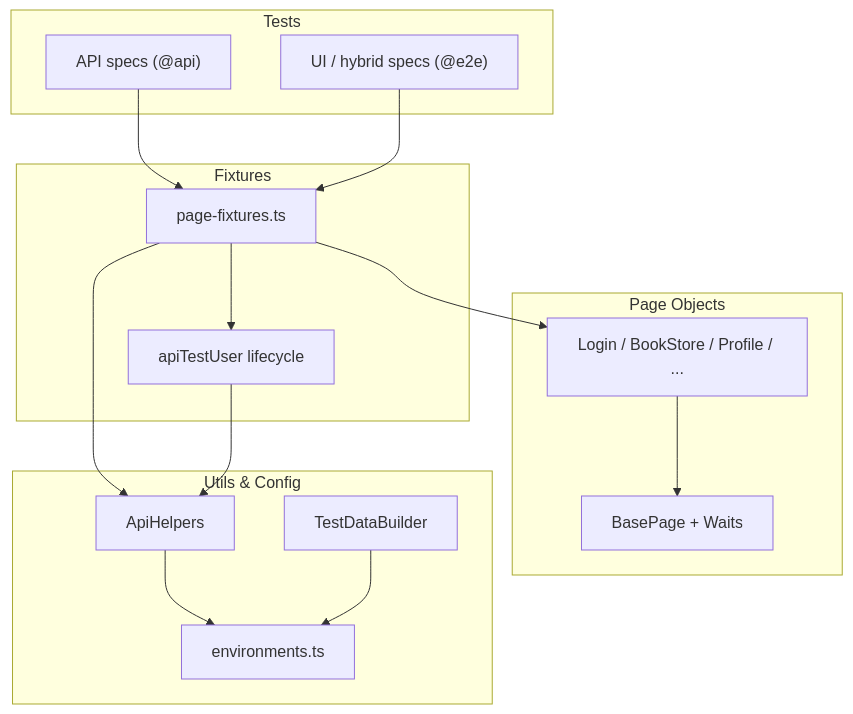
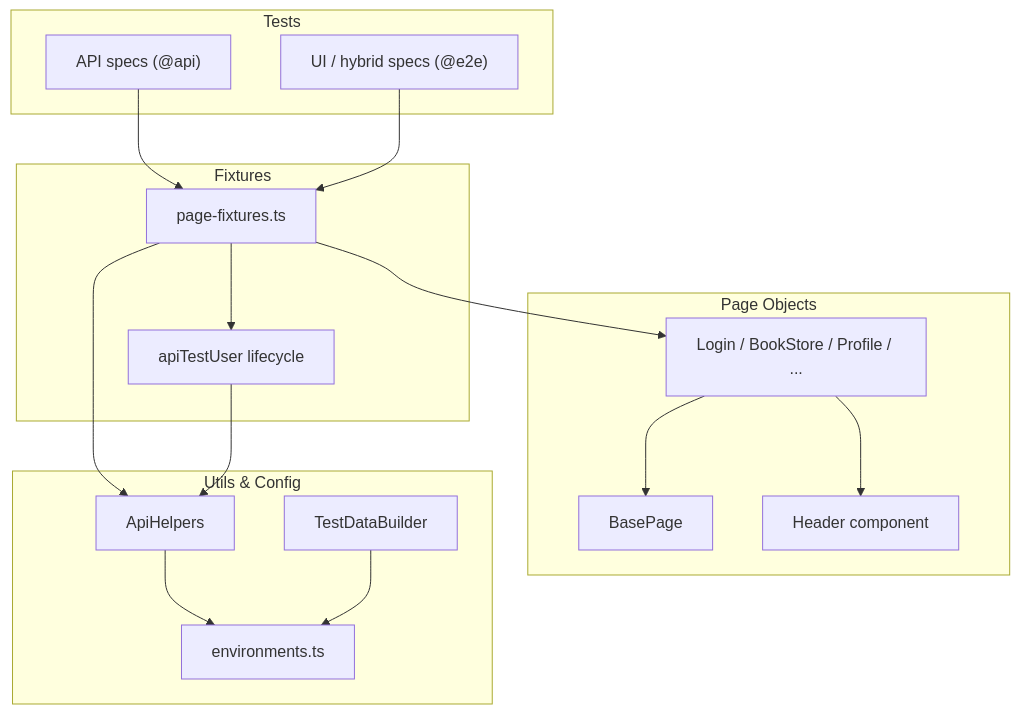
One commit to GGrudev/demoqa-bookstore-playwright-ts changed the diagram in README.md. Above: the diagram before and after it, drawn with Mermaid. The commit also changed other lines of this file and 12 other files, not shown here.

First line of the commit message:
Extract shared session Header into a component object

````diff
--- a/README.md
+++ b/README.md
@@ -48,33 +49,35 @@
 ```mermaid
 flowchart TB
     subgraph tests [Tests]
         API["API specs (@api)"]
         E2E["UI / hybrid specs (@e2e)"]
     end
 
     subgraph fixtures [Fixtures]
         PF[page-fixtures.ts]
         ATU[apiTestUser lifecycle]
     end
 
     subgraph pages [Page Objects]
         PO[Login / BookStore / Profile / ...]
-        BP[BasePage + Waits]
+        BP[BasePage]
+        HDR[Header component]
     end
 
     subgraph utils [Utils & Config]
         AH[ApiHelpers]
         TD[TestDataBuilder]
         ENV[environments.ts]
     end
 
     API --> PF
     E2E --> PF
     PF --> PO
     PF --> AH
     PF --> ATU
     ATU --> AH
     PO --> BP
+    PO --> HDR
     AH --> ENV
     TD --> ENV
 ```
````
